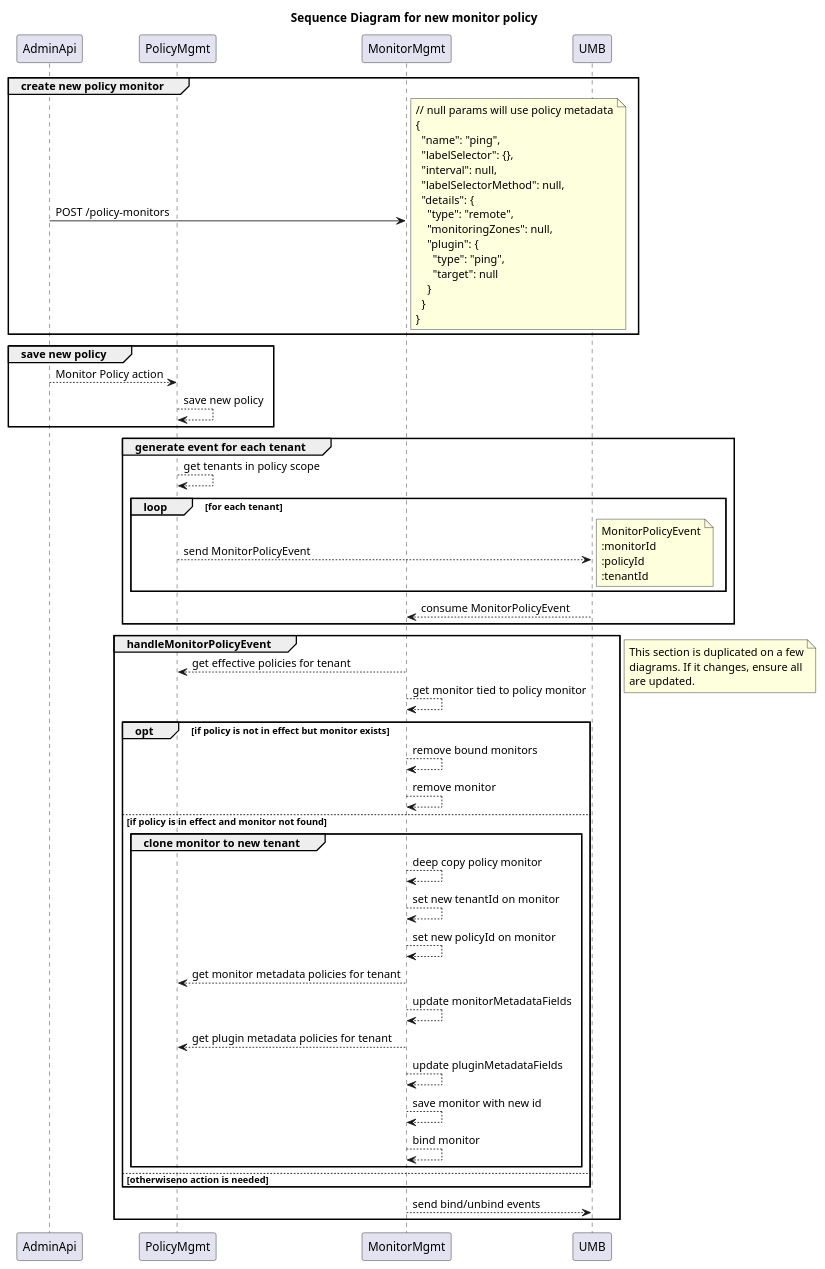
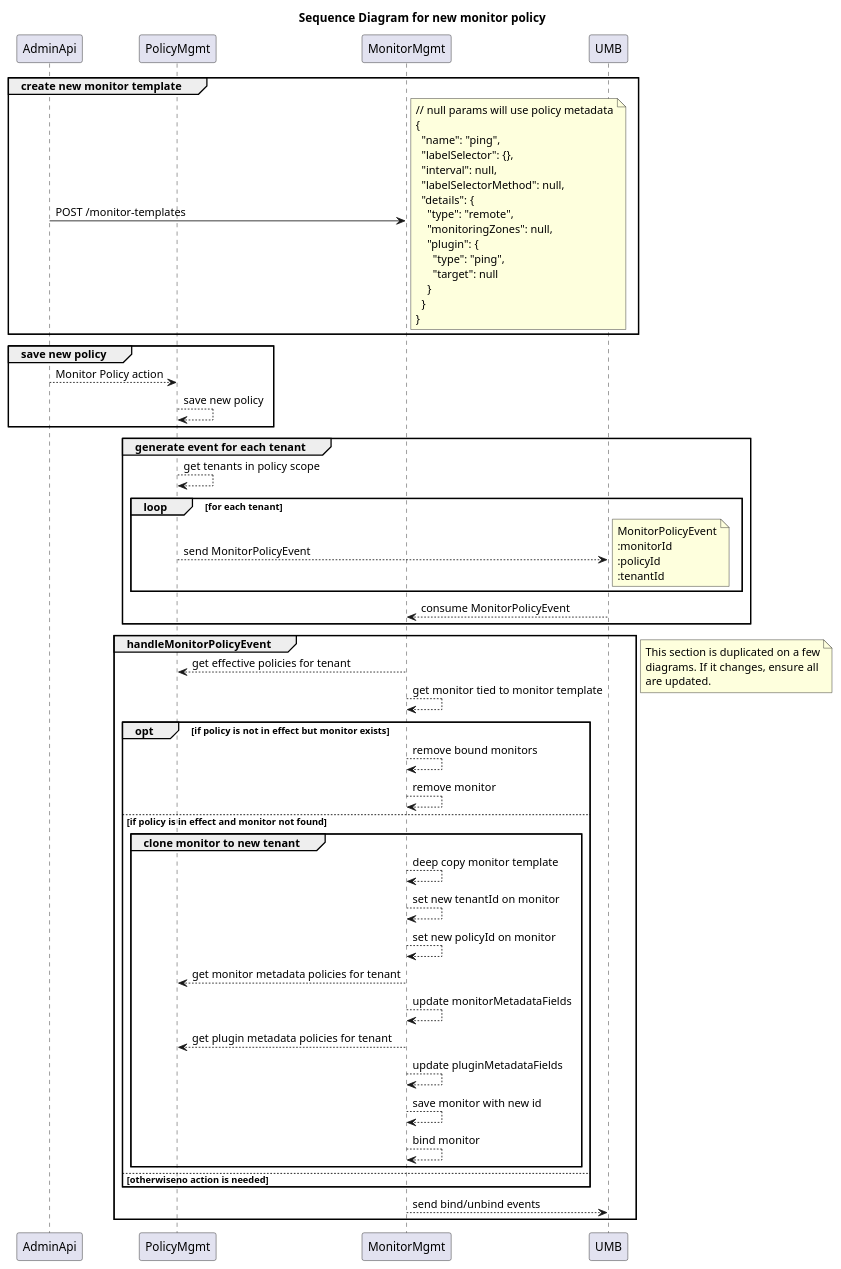
One commit to racker/salus-docs changed the diagram in design/policy-management/diagrams/monitor-policy-create.plantuml. Above: the diagram before and after it, drawn with PlantUML. The commit also changed 2 other files, not shown here.

Commit message:
Changes corresponding to rename policy_monitor to monitor_template (#24)
* changes corresponding to rename policy_monitor to monitor_template

* added PR review changes

* added changes in monitor-policy-update.plantuml

```diff
--- a/design/policy-management/diagrams/monitor-policy-create.plantuml
+++ b/design/policy-management/diagrams/monitor-policy-create.plantuml
@@ -1,75 +1,75 @@
 @startuml
 
 title Sequence Diagram for new monitor policy
 participant AdminApi
 participant PolicyMgmt
 participant MonitorMgmt
 
-group create new policy monitor
-AdminApi->MonitorMgmt: POST /policy-monitors
+group create new monitor template
+AdminApi->MonitorMgmt: POST /monitor-templates
 note right
 // null params will use policy metadata
 {
   "name": "ping",
   "labelSelector": {},
   "interval": null,
   "labelSelectorMethod": null,
   "details": {
     "type": "remote",
     "monitoringZones": null,
     "plugin": {
       "type": "ping",
       "target": null
     }
   }
 }
 end note
 end
 
 group save new policy
 AdminApi-->PolicyMgmt: Monitor Policy action
 PolicyMgmt-->PolicyMgmt: save new policy
 end
 
 group generate event for each tenant
 PolicyMgmt-->PolicyMgmt: get tenants in policy scope
 loop for each tenant
    PolicyMgmt-->UMB: send MonitorPolicyEvent
    note right
      MonitorPolicyEvent
      :monitorId
      :policyId
      :tenantId
    end note
 end
 UMB-->MonitorMgmt: consume MonitorPolicyEvent
 end
 
 group handleMonitorPolicyEvent
 MonitorMgmt-->PolicyMgmt: get effective policies for tenant
-MonitorMgmt-->MonitorMgmt: get monitor tied to policy monitor
+MonitorMgmt-->MonitorMgmt: get monitor tied to monitor template
 opt if policy is not in effect but monitor exists
 MonitorMgmt-->MonitorMgmt: remove bound monitors
 MonitorMgmt-->MonitorMgmt: remove monitor
 else if policy is in effect and monitor not found
 group clone monitor to new tenant
-MonitorMgmt-->MonitorMgmt: deep copy policy monitor
+MonitorMgmt-->MonitorMgmt: deep copy monitor template
 MonitorMgmt-->MonitorMgmt: set new tenantId on monitor
 MonitorMgmt-->MonitorMgmt: set new policyId on monitor
 MonitorMgmt-->PolicyMgmt: get monitor metadata policies for tenant
 MonitorMgmt-->MonitorMgmt: update monitorMetadataFields
 MonitorMgmt-->PolicyMgmt: get plugin metadata policies for tenant
 MonitorMgmt-->MonitorMgmt: update pluginMetadataFields
 MonitorMgmt-->MonitorMgmt: save monitor with new id
 MonitorMgmt-->MonitorMgmt: bind monitor
 end
 else otherwiseno action is needed
 end
 MonitorMgmt-->UMB: send bind/unbind events
 end
 note right
   This section is duplicated on a few
   diagrams. If it changes, ensure all
   are updated.
 end note
 @enduml
```
